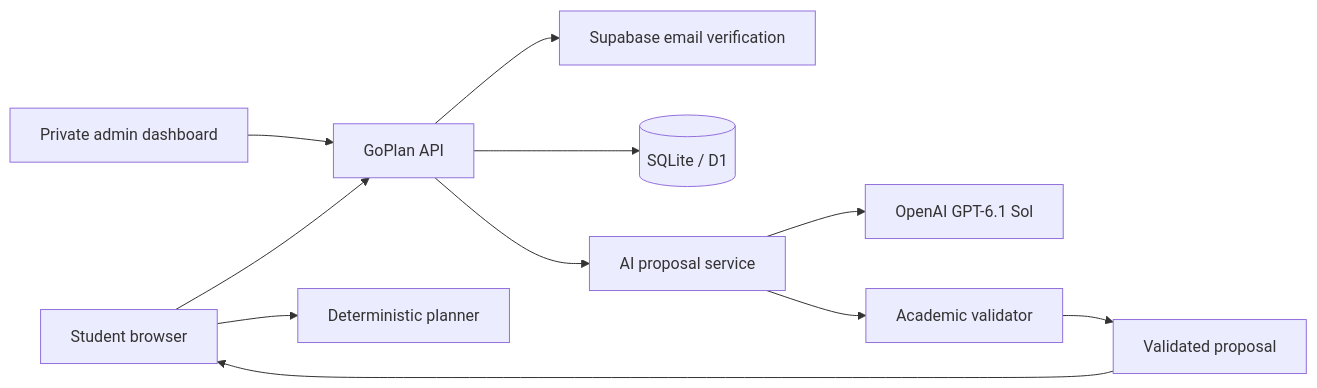
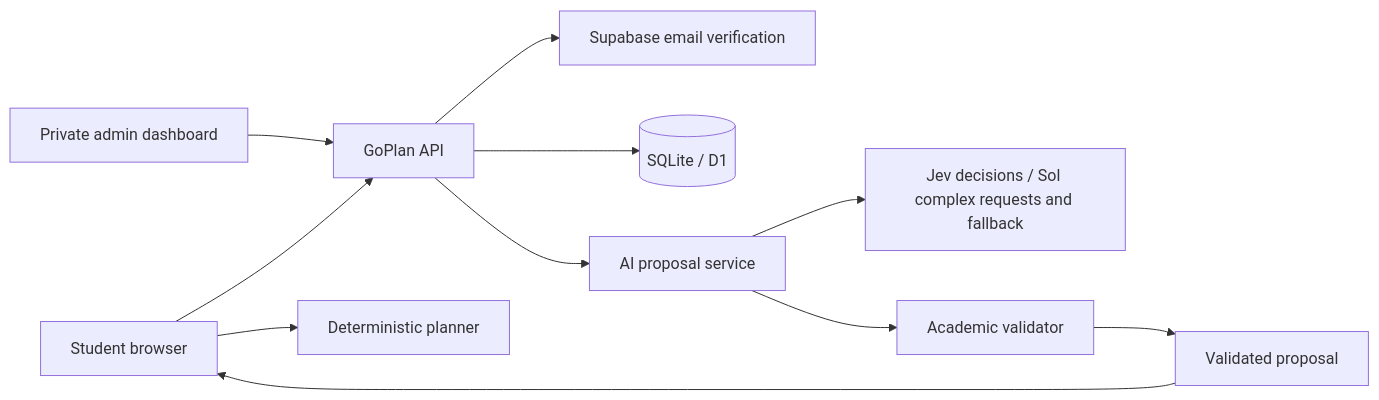
The diagram in docs/ARCHITECTURE.md (soulaymanealahiane/GoPlan), drawn with Mermaid before and after one commit. The commit also changed other lines of this file and 12 other files, not shown here.

Commit message:
Add Jev hybrid decisions with validated planning and fallback

````diff
--- a/docs/ARCHITECTURE.md
+++ b/docs/ARCHITECTURE.md
@@ -3,13 +8,13 @@
 ```mermaid
 flowchart LR
     Student[Student browser] --> API[GoPlan API]
     Admin[Private admin dashboard] --> API
     API --> Auth[Supabase email verification]
     API --> Store[(SQLite / D1)]
     API --> Agent[AI proposal service]
-    Agent --> Model[OpenAI GPT-6.1 Sol]
+    Agent --> Model[Jev decisions / Sol complex requests and fallback]
     Agent --> Rules[Academic validator]
     Student --> Scheduler[Deterministic planner]
     Rules --> Proposal[Validated proposal]
     Proposal --> Student
 ```
````
